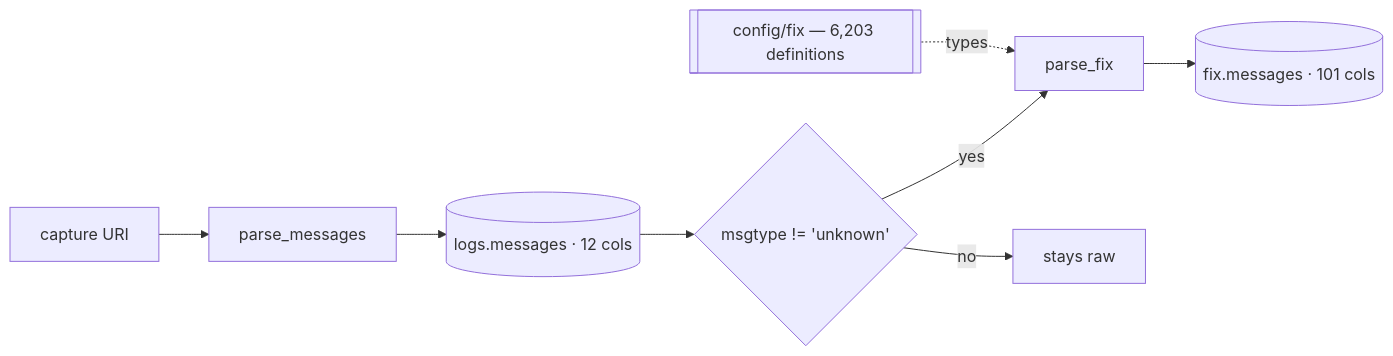
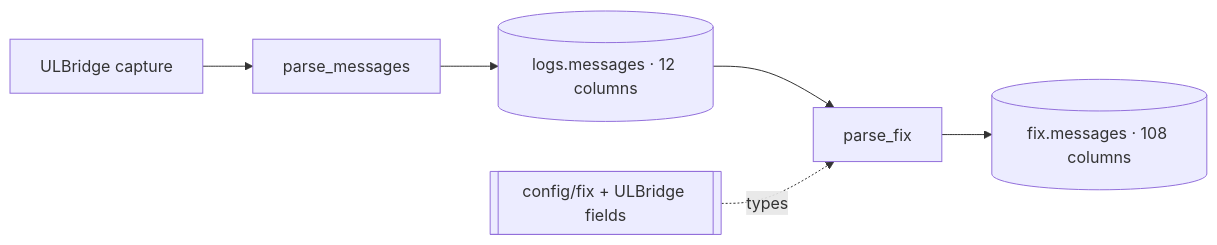
Before and after one commit to Platob/yggfin: the third of 3 diagrams in docs/overview/architecture.md, drawn with Mermaid. The commit also changed other lines of this file and 46 other files, not shown here.

````diff
--- a/docs/overview/architecture.md
+++ b/docs/overview/architecture.md
@@ -84,10 +73,8 @@
 ```mermaid
 flowchart LR
-    C["capture URI"] --> P1[parse_messages]
-    P1 --> M[("logs.messages · 12 cols")]
-    M --> Q{"msgtype != 'unknown'"}
-    Q -->|yes| P2[parse_fix]
-    Q -->|no| X["stays raw"]
-    P2 --> F[("fix.messages · 101 cols")]
-    R[["config/fix — 6,203 definitions"]] -.types.-> P2
+    C["ULBridge capture"] --> P1[parse_messages]
+    P1 --> M[("logs.messages · 12 columns")]
+    M --> P2[parse_fix]
+    P2 --> F[("fix.messages · 108 columns")]
+    R[["config/fix + ULBridge fields"]] -.types.-> P2
 ```
````
